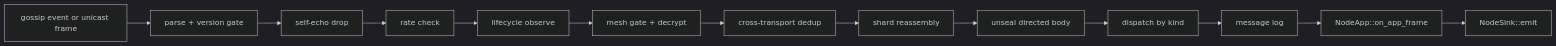
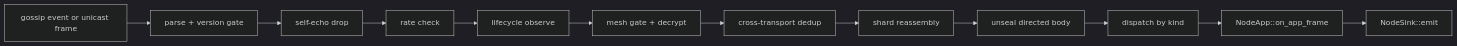
One commit to agent-habilis/habilis-network changed the seventh of 10 diagrams in docs/architecture.md. Above: the diagram before and after it, drawn with Mermaid (dark theme). The commit also changed other lines of this file and 196 other files, not shown here.

````diff
--- a/docs/architecture.md
+++ b/docs/architecture.md
@@ -461,9 +479,9 @@
 ```mermaid
 flowchart LR
     IN["gossip event or unicast frame"] --> P["parse + version gate"]
     P --> SE["self-echo drop"] --> RATE["rate check"] --> OBS["lifecycle observe"]
     OBS --> GATE["mesh gate + decrypt"] --> DD["cross-transport dedup"]
     DD --> SH["shard reassembly"] --> UNSEAL["unseal directed body"]
-    UNSEAL --> DIS["dispatch by kind"] --> LOG["message log"]
-    LOG --> APPH["NodeApp::on_app_frame"] --> SINK["NodeSink::emit"]
+    UNSEAL --> DIS["dispatch by kind"]
+    DIS --> APPH["NodeApp::on_app_frame"] --> SINK["NodeSink::emit"]
 ```
````
